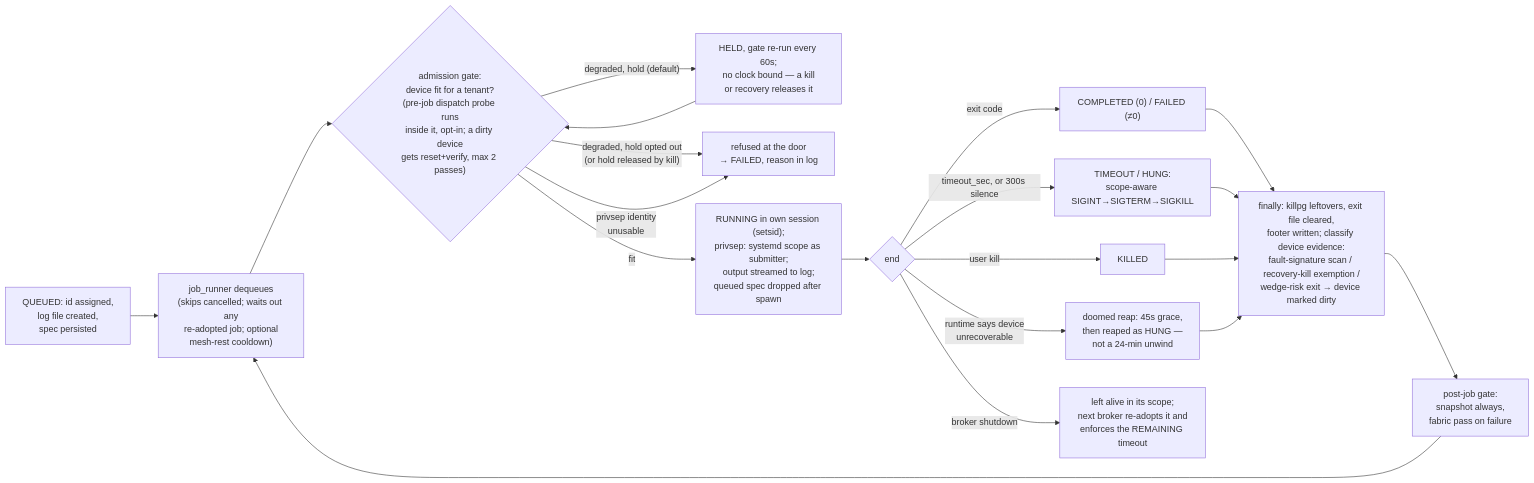
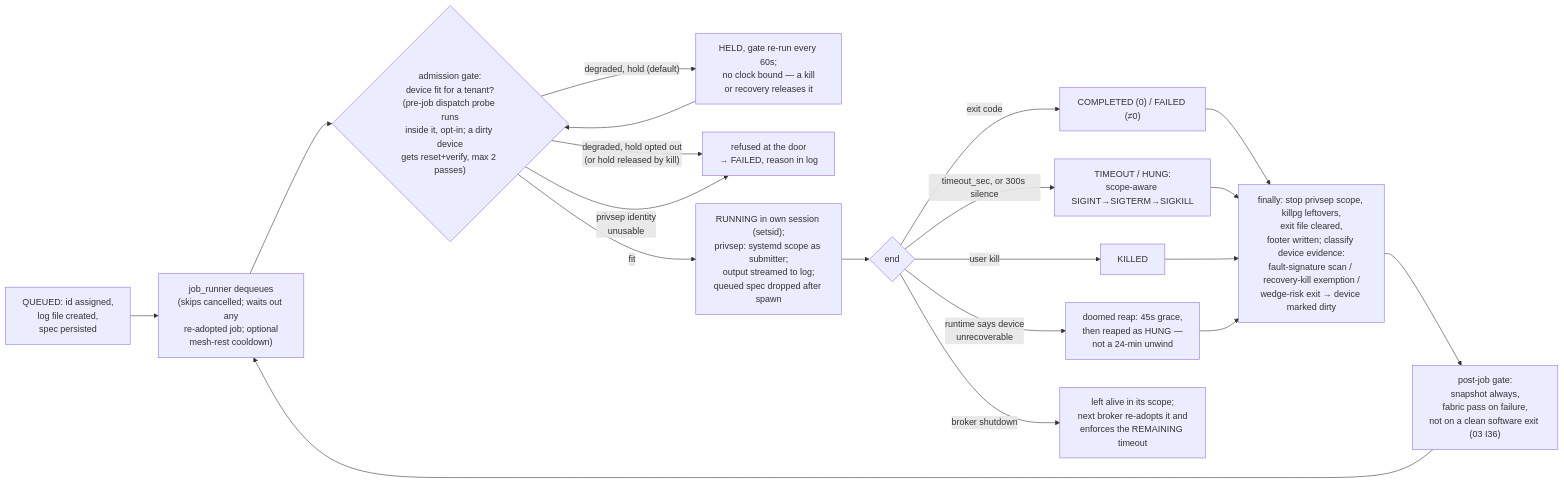
Before and after one commit to tenstorrent/tt-device-mcp: the diagram in specs/01-jobs.md, drawn with Mermaid. The commit also changed other lines of this file and 273 other files, not shown here.

````diff
--- a/specs/01-jobs.md
+++ b/specs/01-jobs.md
@@ -119,21 +509,21 @@
 ```mermaid
 flowchart LR
   Q["QUEUED: id assigned,<br>log file created,<br>spec persisted"] --> D["job_runner dequeues<br>(skips cancelled; waits out any<br>re-adopted job; optional<br>mesh-rest cooldown)"]
   D --> G{"admission gate:<br>device fit for a tenant?<br>(pre-job dispatch probe runs<br>inside it, opt-in; a dirty device<br>gets reset+verify, max 2 passes)"}
   G -->|"degraded, hold (default)"| H["HELD, gate re-run every 60s;<br>no clock bound — a kill<br>or recovery releases it"] --> G
   G -->|"degraded, hold opted out<br>(or hold released by kill)"| RF["refused at the door<br>→ FAILED, reason in log"]
   G -->|"privsep identity<br>unusable"| RF
   G -->|fit| R["RUNNING in own session (setsid);<br>privsep: systemd scope as submitter;<br>output streamed to log;<br>queued spec dropped after spawn"]
   R --> E{end}
   E -->|exit code| C["COMPLETED (0) / FAILED (≠0)"]
   E -->|"timeout_sec, or 300s silence"| K["TIMEOUT / HUNG:<br>scope-aware SIGINT→SIGTERM→SIGKILL"]
   E -->|"user kill"| KD["KILLED"]
   E -->|"runtime says device<br>unrecoverable"| DM["doomed reap: 45s grace,<br>then reaped as HUNG —<br>not a 24-min unwind"]
   E -->|"broker shutdown"| A["left alive in its scope;<br>next broker re-adopts it and<br>enforces the REMAINING timeout"]
   C --> P
   K --> P
   KD --> P
   DM --> P
-  P["finally: killpg leftovers, exit file cleared,<br>footer written; classify device evidence:<br>fault-signature scan / recovery-kill exemption /<br>wedge-risk exit → device marked dirty"] --> PJ["post-job gate:<br>snapshot always,<br>fabric pass on failure"]
+  P["finally: stop privsep scope, killpg leftovers,<br>exit file cleared,<br>footer written; classify device evidence:<br>fault-signature scan / recovery-kill exemption /<br>wedge-risk exit → device marked dirty"] --> PJ["post-job gate:<br>snapshot always,<br>fabric pass on failure,<br>not on a clean software exit (03 I36)"]
   PJ --> D
 ```
````
